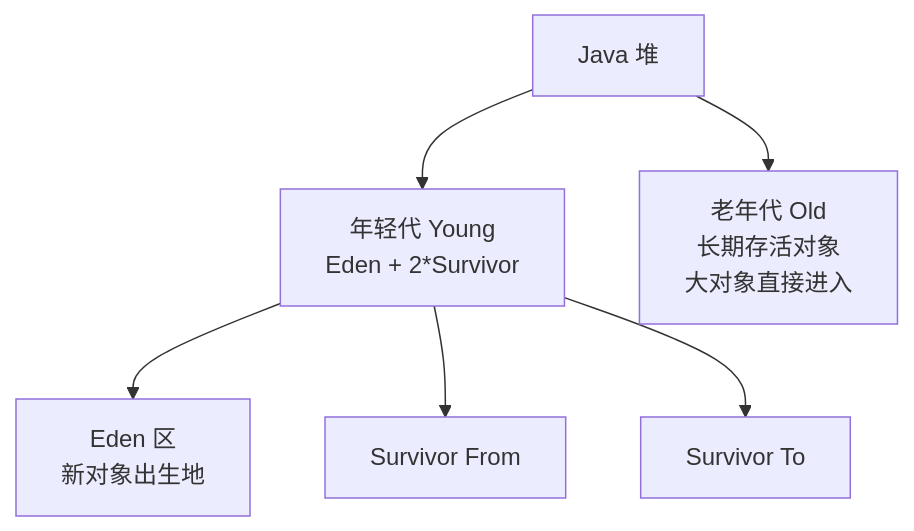
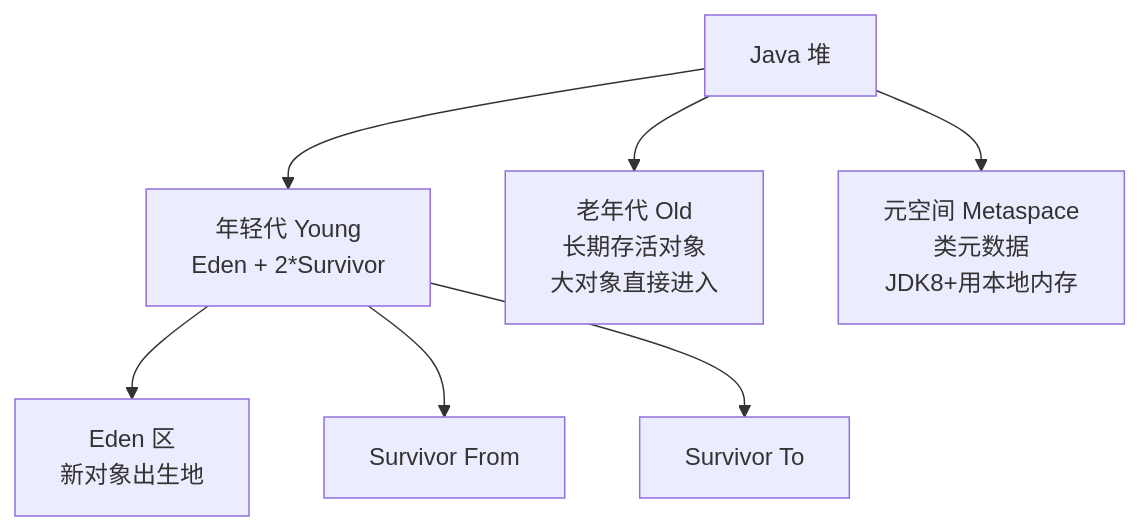
The third of 4 diagrams in java/2深入/06_JVM内存模型.md (missercatos/RootStack), drawn with Mermaid before and after one commit. The commit also changed other lines of this file and 25 other files, not shown here.

````diff
--- a/java/2深入/06_JVM内存模型.md
+++ b/java/2深入/06_JVM内存模型.md
@@ -218,8 +334,9 @@
 ```mermaid
 flowchart TB
     HEAP["Java 堆"] --> YOUNG["年轻代 Young<br/>Eden + 2*Survivor"]
     YOUNG --> EDEN["Eden 区<br/>新对象出生地"]
     YOUNG --> S0["Survivor From"]
     YOUNG --> S1["Survivor To"]
     HEAP --> OLD["老年代 Old<br/>长期存活对象<br/>大对象直接进入"]
+    HEAP --> META["元空间 Metaspace<br/>类元数据<br/>JDK8+用本地内存"]
 ```
````
